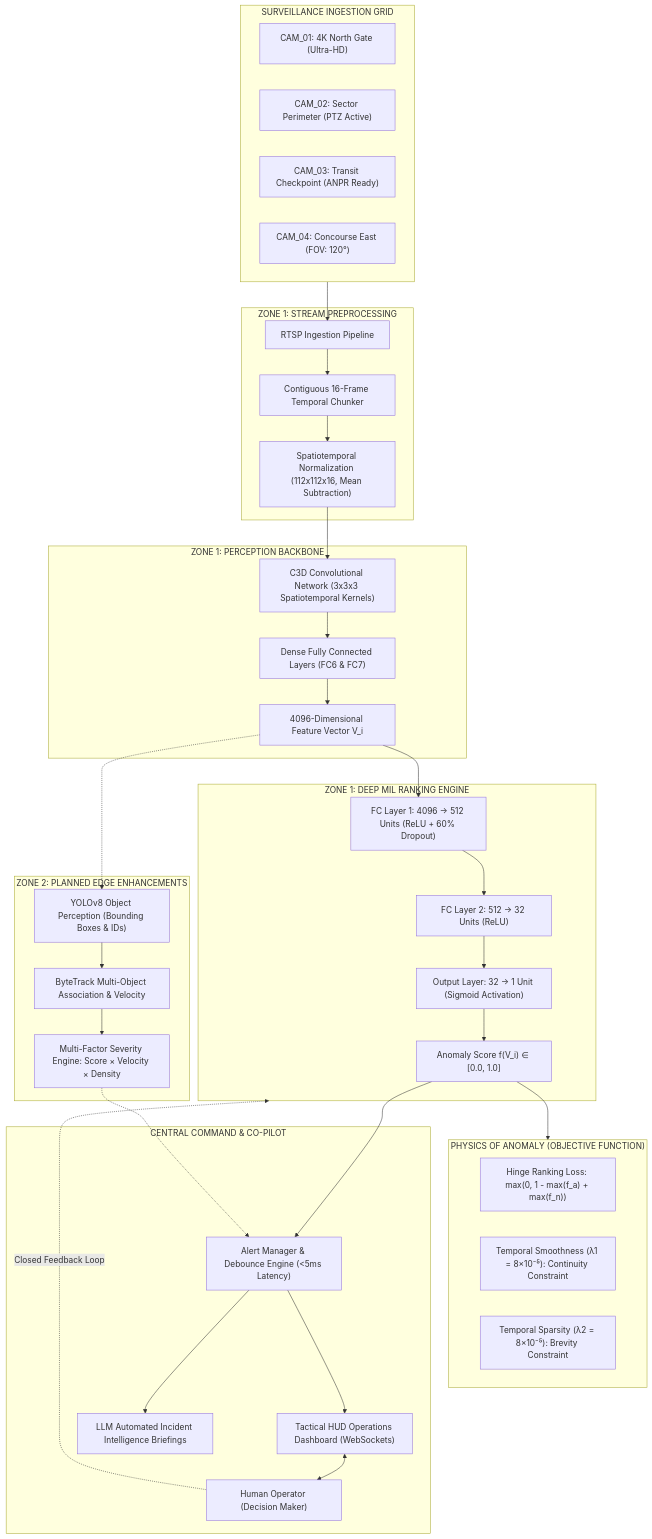
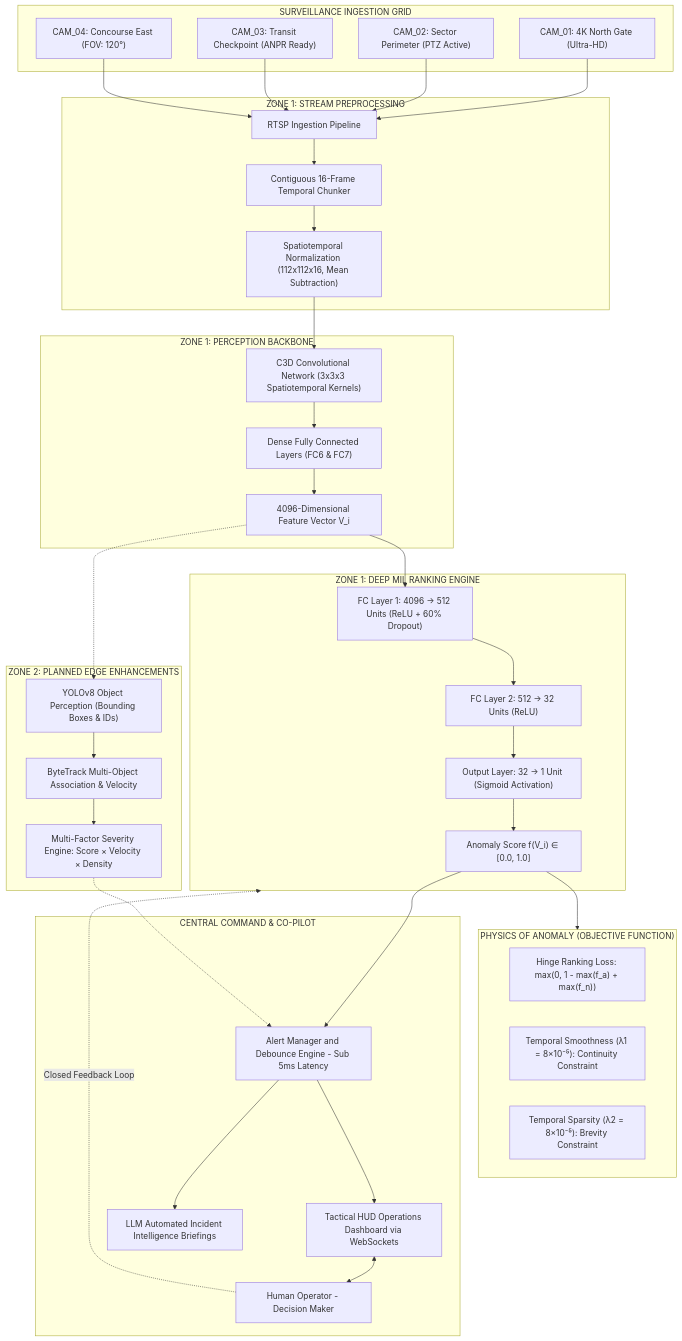
One commit to kirancube/SentinelAIX changed the diagram in docs/diagrams/system_architecture.mmd. Above: the diagram before and after it, drawn with Mermaid. The commit also changed 11 other files, not shown here.

Commit message:
fix(mermaid): resolve edge label syntax errors, add layman explanations, SOTA 2026 research comparison, and Vercel/Render cloud deployment

```diff
--- a/docs/diagrams/system_architecture.mmd
+++ b/docs/diagrams/system_architecture.mmd
@@ -1,58 +1,70 @@
 flowchart TB
     %% SentinelAI X Comprehensive System Architecture
     subgraph SENSORS["SURVEILLANCE INGESTION GRID"]
         CAM1["CAM_01: 4K North Gate (Ultra-HD)"]
         CAM2["CAM_02: Sector Perimeter (PTZ Active)"]
         CAM3["CAM_03: Transit Checkpoint (ANPR Ready)"]
         CAM4["CAM_04: Concourse East (FOV: 120°)"]
     end
 
     subgraph PREPROC["ZONE 1: STREAM PREPROCESSING"]
         RTSP["RTSP Ingestion Pipeline"]
         SAMPLER["Contiguous 16-Frame Temporal Chunker"]
         NORM["Spatiotemporal Normalization (112x112x16, Mean Subtraction)"]
     end
 
     subgraph BACKBONE["ZONE 1: PERCEPTION BACKBONE"]
         C3D_CONV["C3D Convolutional Network (3x3x3 Spatiotemporal Kernels)"]
         FC6_7["Dense Fully Connected Layers (FC6 & FC7)"]
         FEAT_4096["4096-Dimensional Feature Vector V_i"]
     end
 
     subgraph ENGINE["ZONE 1: DEEP MIL RANKING ENGINE"]
         MIL_L1["FC Layer 1: 4096 -> 512 Units (ReLU + 60% Dropout)"]
         MIL_L2["FC Layer 2: 512 -> 32 Units (ReLU)"]
         MIL_OUT["Output Layer: 32 -> 1 Unit (Sigmoid Activation)"]
         SCORE["Anomaly Score f(V_i) ∈ [0.0, 1.0]"]
     end
 
     subgraph LOSS["PHYSICS OF ANOMALY (OBJECTIVE FUNCTION)"]
         HINGE["Hinge Ranking Loss: max(0, 1 - max(f_a) + max(f_n))"]
         SMOOTH["Temporal Smoothness (λ1 = 8×10⁻⁵): Continuity Constraint"]
         SPARSE["Temporal Sparsity (λ2 = 8×10⁻⁵): Brevity Constraint"]
     end
 
     subgraph EDGE_Z2["ZONE 2: PLANNED EDGE ENHANCEMENTS"]
         YOLO["YOLOv8 Object Perception (Bounding Boxes & IDs)"]
         BYTE["ByteTrack Multi-Object Association & Velocity"]
         SEVERITY["Multi-Factor Severity Engine: Score × Velocity × Density"]
     end
 
     subgraph OPERATIONS["CENTRAL COMMAND & CO-PILOT"]
-        ALERT_MGR["Alert Manager & Debounce Engine (<5ms Latency)"]
-        DASHBOARD["Tactical HUD Operations Dashboard (WebSockets)"]
-        OPERATOR["Human Operator (Decision Maker)"]
+        ALERT_MGR["Alert Manager and Debounce Engine - Sub 5ms Latency"]
+        DASHBOARD["Tactical HUD Operations Dashboard via WebSockets"]
+        OPERATOR["Human Operator - Decision Maker"]
         LLM_RPT["LLM Automated Incident Intelligence Briefings"]
     end
 
-    SENSORS --> RTSP --> SAMPLER --> NORM
-    NORM --> C3D_CONV --> FC6_7 --> FEAT_4096
-    FEAT_4096 --> MIL_L1 --> MIL_L2 --> MIL_OUT --> SCORE
+    CAM1 --> RTSP
+    CAM2 --> RTSP
+    CAM3 --> RTSP
+    CAM4 --> RTSP
+    RTSP --> SAMPLER
+    SAMPLER --> NORM
+    NORM --> C3D_CONV
+    C3D_CONV --> FC6_7
+    FC6_7 --> FEAT_4096
+    FEAT_4096 --> MIL_L1
+    MIL_L1 --> MIL_L2
+    MIL_L2 --> MIL_OUT
+    MIL_OUT --> SCORE
     SCORE --> LOSS
-    FEAT_4096 -.-> YOLO --> BYTE --> SEVERITY
+    FEAT_4096 -.-> YOLO
+    YOLO --> BYTE
+    BYTE --> SEVERITY
     SCORE --> ALERT_MGR
     SEVERITY -.-> ALERT_MGR
     ALERT_MGR --> DASHBOARD
     DASHBOARD <--> OPERATOR
     ALERT_MGR --> LLM_RPT
-    OPERATOR -. Closed Feedback Loop .-> ENGINE
+    OPERATOR -.->|Closed Feedback Loop| ENGINE
```
